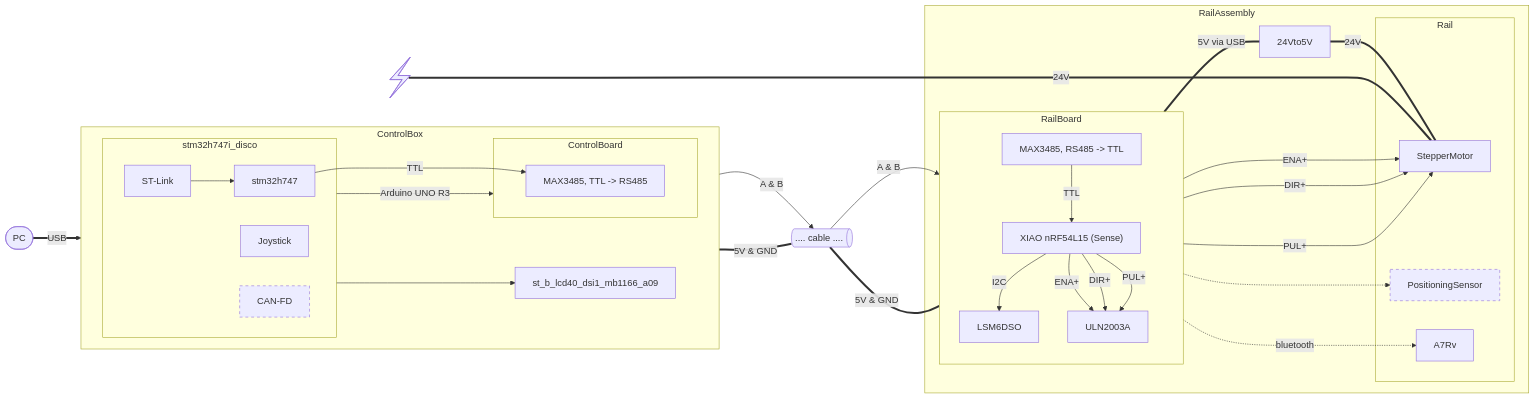
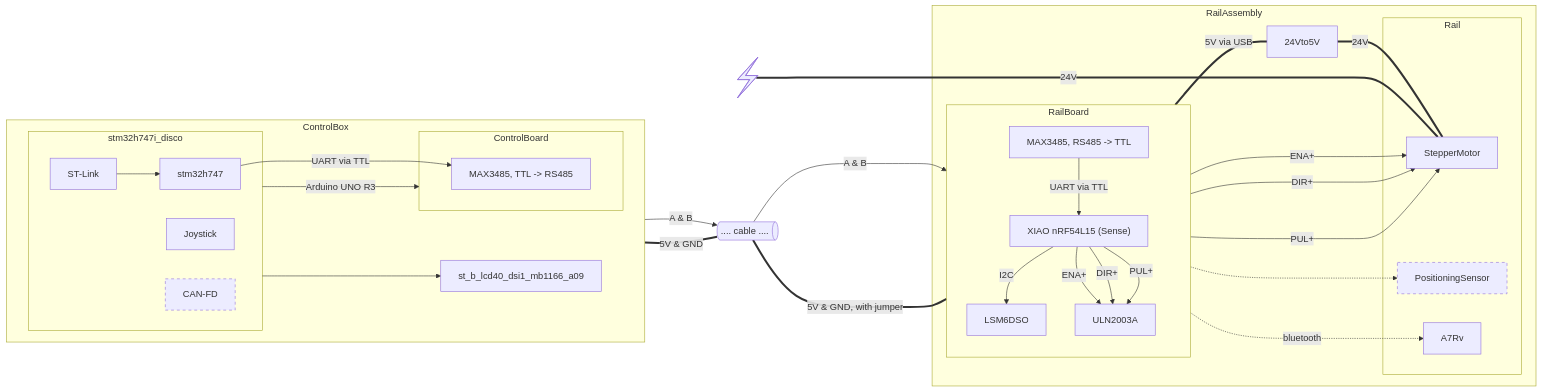
Before and after one commit to maxhbr/zephyr-rail: the diagram in electronics/sketch.with_rs485.mmd, drawn with Mermaid. The commit also changed 6 other files, not shown here.

```diff
--- a/electronics/sketch.with_rs485.mmd
+++ b/electronics/sketch.with_rs485.mmd
@@ -1,67 +1,64 @@
 ---
 config:
 ---
 flowchart LR;
 
   subgraph ControlBox
     direction LR 
     subgraph stm32h747i_disco
       MCU_Left@{ label: "stm32h747" }
       ST-Link --> MCU_Left
       Joystick
       CAN-FD
     end
     subgraph ControlBoard
       MAX3485_Left@{ label: "MAX3485, TTL -> RS485" };
-      MCU_Left --->|TTL| MAX3485_Left
+      MCU_Left --->|UART via TTL| MAX3485_Left
     end
     stm32h747i_disco -->|Arduino UNO R3| ControlBoard
     DISPLAY@{ label: "st_b_lcd40_dsi1_mb1166_a09" }
     stm32h747i_disco ---> DISPLAY
   end
-
-  PC([PC])
-  PC ==>|USB| ST-Link
 
   subgraph RailAssembly
     subgraph RailBoard
       direction TB 
       MAX3485_Right@{ label: "MAX3485, RS485 -> TTL" }
       MCU_Right@{ label: "XIAO nRF54L15 (Sense)" }
       IMU@{label: "LSM6DSO"}
       MCU_Right -->|I2C| IMU
-      MAX3485_Right -->|TTL| MCU_Right
+      MAX3485_Right -->|UART via TTL| MCU_Right
       ULN2003A
       MCU_Right    -->|ENA+| ULN2003A
       MCU_Right    -->|DIR+| ULN2003A
       MCU_Right    -->|PUL+| ULN2003A
     end
     subgraph Rail
       StepperMotor
       PositioningSensor
       MCU_Right -..-> PositioningSensor
       Camera@{label: "A7Rv"}
     end
 
     24Vto5V
     MCU_Right ===|5V via USB| 24Vto5V
     24Vto5V ===|24V| StepperMotor
     ULN2003A    -->|ENA+| StepperMotor
     ULN2003A    -->|DIR+| StepperMotor
     ULN2003A    -->|PUL+| StepperMotor
   end
 
   cable@{ shape: das, label: ".... cable ...." }
 
   MAX3485_Left -->|A & B| cable
   cable -->|A & B| MAX3485_Right
 
-  cable ===|5V & GND| RailBoard
+  cable ====|5V & GND, with jumper| MCU_Right
   ControlBoard ===|5V & GND| cable
 
   24V@{ shape: bolt }
   24V ======|24V| StepperMotor
   MCU_Right-. bluetooth .->Camera
 
   style CAN-FD stroke-dasharray: 5 5
   style PositioningSensor stroke-dasharray: 5 5
```
